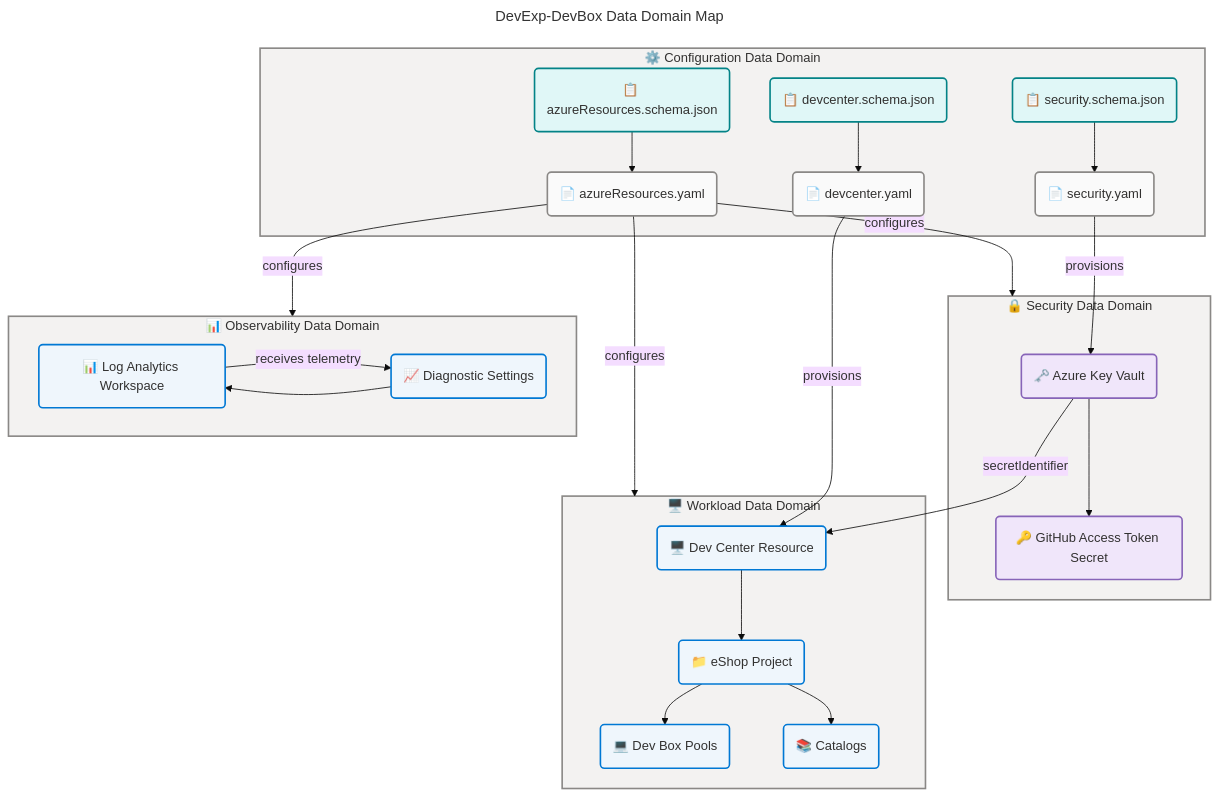
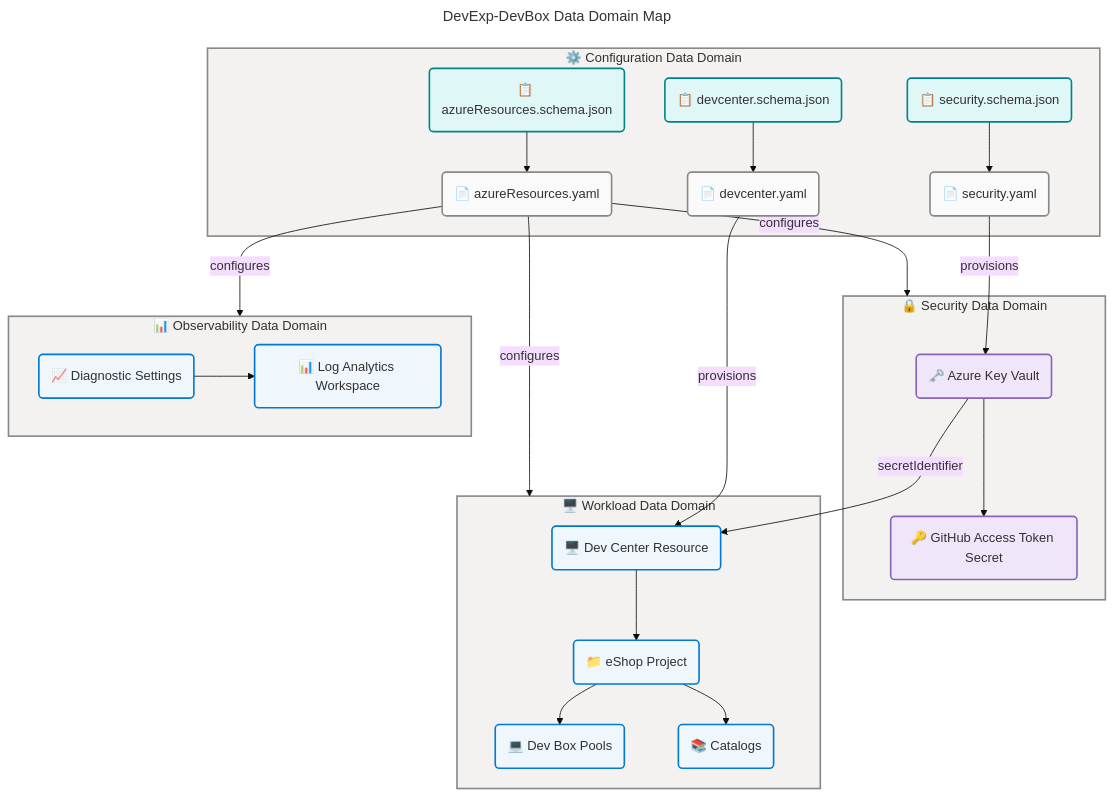
Before and after one commit to Evilazaro/DevExp-DevBox: the first of 6 diagrams in docs/architecture/data-architecture.md, drawn with Mermaid. The commit also changed other lines of this file, not shown here.

Commit message:
refactor: enhance Mermaid diagram verification results for improved documentation clarity

```diff
--- a/docs/architecture/data-architecture.md
+++ b/docs/architecture/data-architecture.md
@@ -146,7 +146,6 @@
     SEC_YAML -->|"provisions"| KV
     DC_YAML -->|"provisions"| DC_RES
     KV -->|"secretIdentifier"| DC_RES
-    LAW -->|"receives telemetry"| DIAG
 
     style CFG fill:#F3F2F1,stroke:#8A8886,stroke-width:2px,color:#323130
     style SEC fill:#F3F2F1,stroke:#8A8886,stroke-width:2px,color:#323130
```
